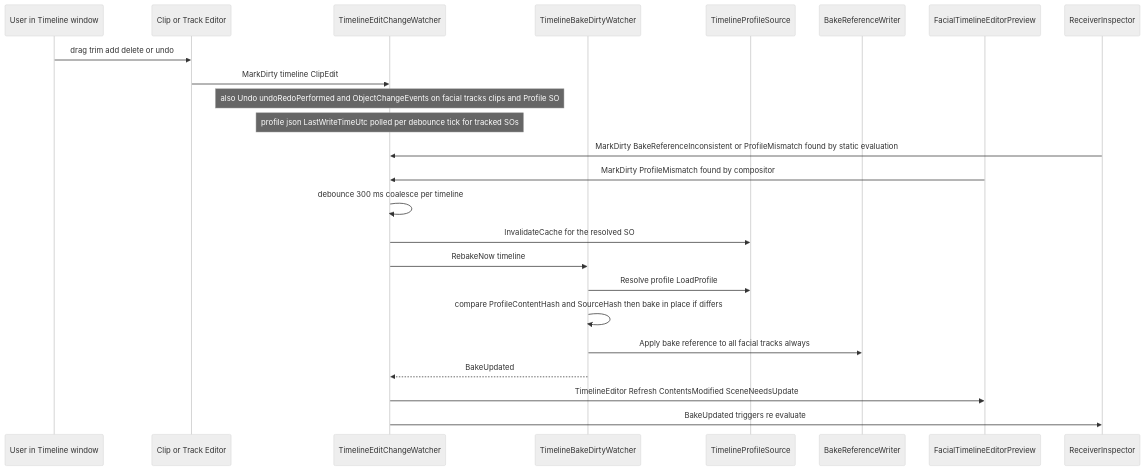
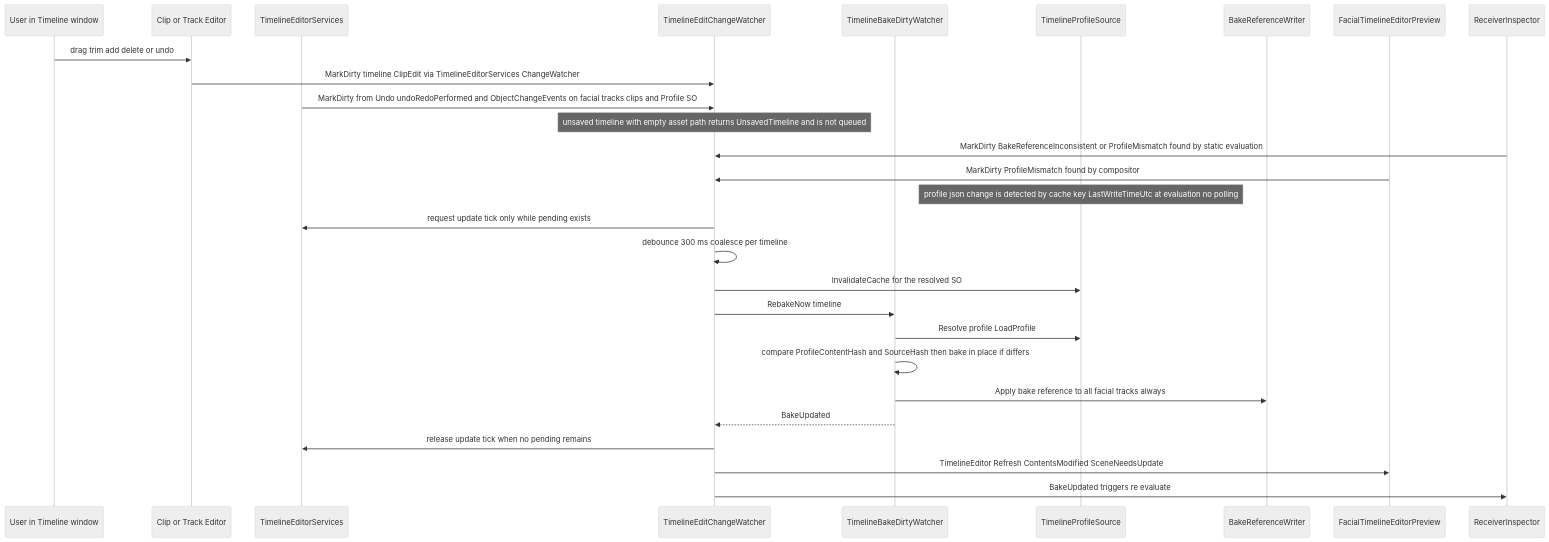
The third of 5 diagrams in .kiro/specs/timeline-playback-ux/design.md (Hidano-Dev/FacialControl), drawn with Mermaid (neutral theme) before and after one commit. The commit also changed other lines of this file and 2 other files, not shown here.

First line of the commit message:
timeline-playback-ux の design を validate-design 2 回目の指摘で改訂 (HID-144)

````diff
--- a/.kiro/specs/timeline-playback-ux/design.md
+++ b/.kiro/specs/timeline-playback-ux/design.md
@@ -341,27 +368,31 @@
 ```mermaid
 sequenceDiagram
     participant U as User in Timeline window
     participant CE as Clip or Track Editor
+    participant SVC as TimelineEditorServices
     participant W as TimelineEditChangeWatcher
     participant DW as TimelineBakeDirtyWatcher
     participant PS as TimelineProfileSource
     participant BW as BakeReferenceWriter
     participant P as FacialTimelineEditorPreview
     participant I as ReceiverInspector
 
     U->>CE: drag trim add delete or undo
-    CE->>W: MarkDirty timeline ClipEdit
-    Note over W: also Undo undoRedoPerformed and ObjectChangeEvents on facial tracks clips and Profile SO
-    Note over W: profile json LastWriteTimeUtc polled per debounce tick for tracked SOs
+    CE->>W: MarkDirty timeline ClipEdit via TimelineEditorServices ChangeWatcher
+    SVC->>W: MarkDirty from Undo undoRedoPerformed and ObjectChangeEvents on facial tracks clips and Profile SO
+    Note over W: unsaved timeline with empty asset path returns UnsavedTimeline and is not queued
     I->>W: MarkDirty BakeReferenceInconsistent or ProfileMismatch found by static evaluation
     P->>W: MarkDirty ProfileMismatch found by compositor
+    Note over PS: profile json change is detected by cache key LastWriteTimeUtc at evaluation no polling
+    W->>SVC: request update tick only while pending exists
     W->>W: debounce 300 ms coalesce per timeline
     W->>PS: InvalidateCache for the resolved SO
     W->>DW: RebakeNow timeline
     DW->>PS: Resolve profile LoadProfile
     DW->>DW: compare ProfileContentHash and SourceHash then bake in place if differs
     DW->>BW: Apply bake reference to all facial tracks always
     DW-->>W: BakeUpdated
+    W->>SVC: release update tick when no pending remains
     W->>P: TimelineEditor Refresh ContentsModified SceneNeedsUpdate
     W->>I: BakeUpdated triggers re evaluate
 ```
````
